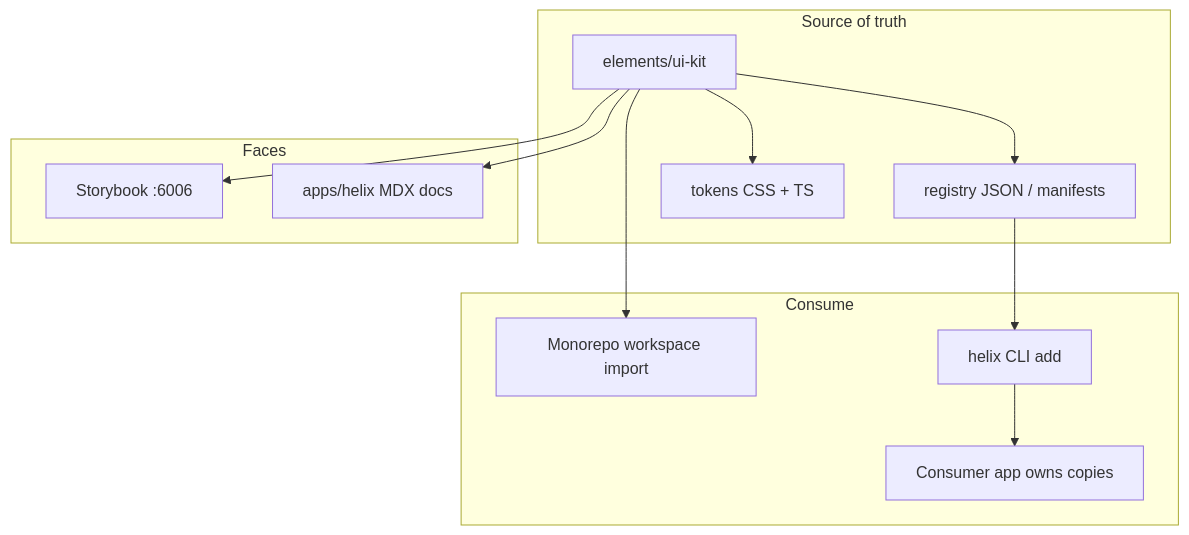
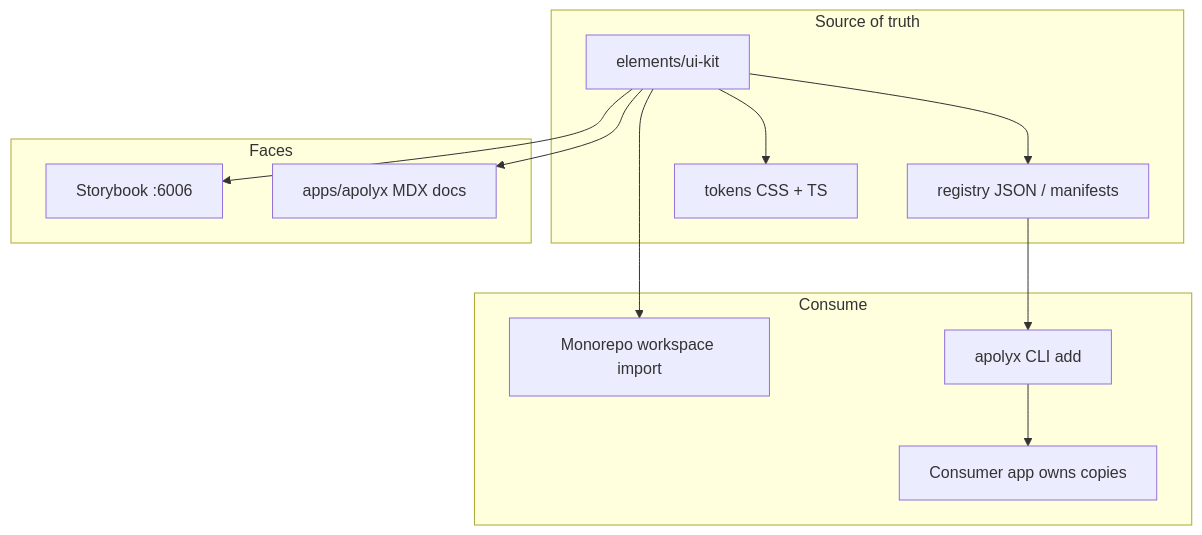
One commit to samtheory/altr.lab.turbo.v2 changed the diagram in Docs/feature_list/ui-kit/00-intent.md. Above: the diagram before and after it, drawn with Mermaid. The commit also changed other lines of this file and 10 other files, not shown here.

Commit message:
✨ rename Helix UI kit to Apolyx, update related documentation and workspace configuration; reflect new naming in README files and last opened files

````diff
--- a/Docs/feature_list/ui-kit/00-intent.md
+++ b/Docs/feature_list/ui-kit/00-intent.md
@@ -65,24 +68,24 @@
 ```mermaid
 flowchart TB
   subgraph source [Source of truth]
     KIT[elements/ui-kit]
     REG[registry JSON / manifests]
     TOK[tokens CSS + TS]
   end
   subgraph consume [Consume]
     WS[Monorepo workspace import]
-    CLI[helix CLI add]
+    CLI[apolyx CLI add]
     APP[Consumer app owns copies]
   end
   subgraph faces [Faces]
     SB[Storybook :6006]
-    DOCS[apps/helix MDX docs]
+    DOCS[apps/apolyx MDX docs]
   end
   KIT --> REG
   KIT --> TOK
   KIT --> SB
   KIT --> DOCS
   REG --> CLI
   CLI --> APP
   KIT --> WS
 ```
````
